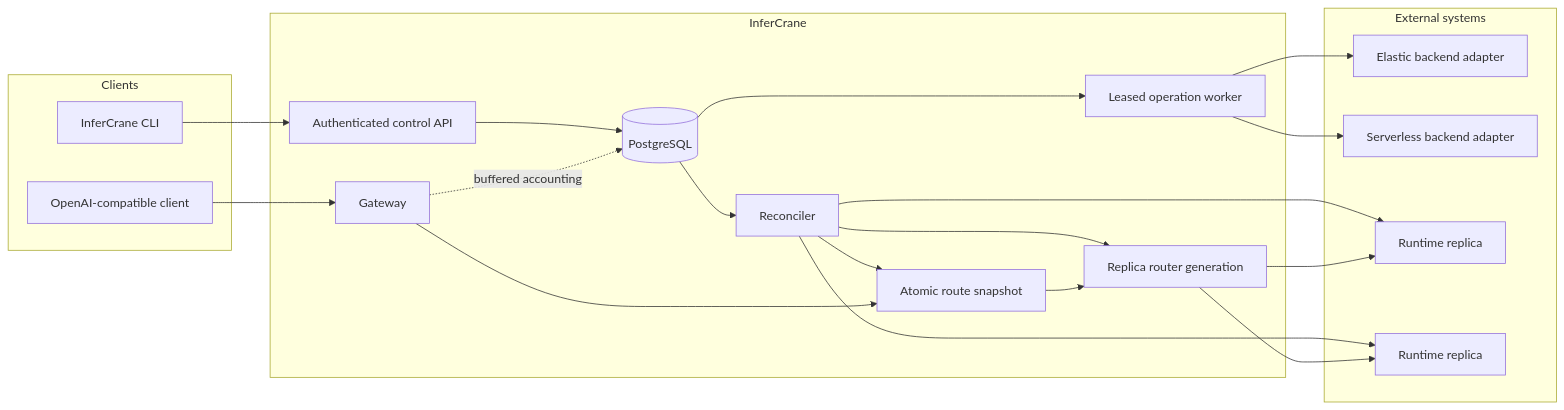
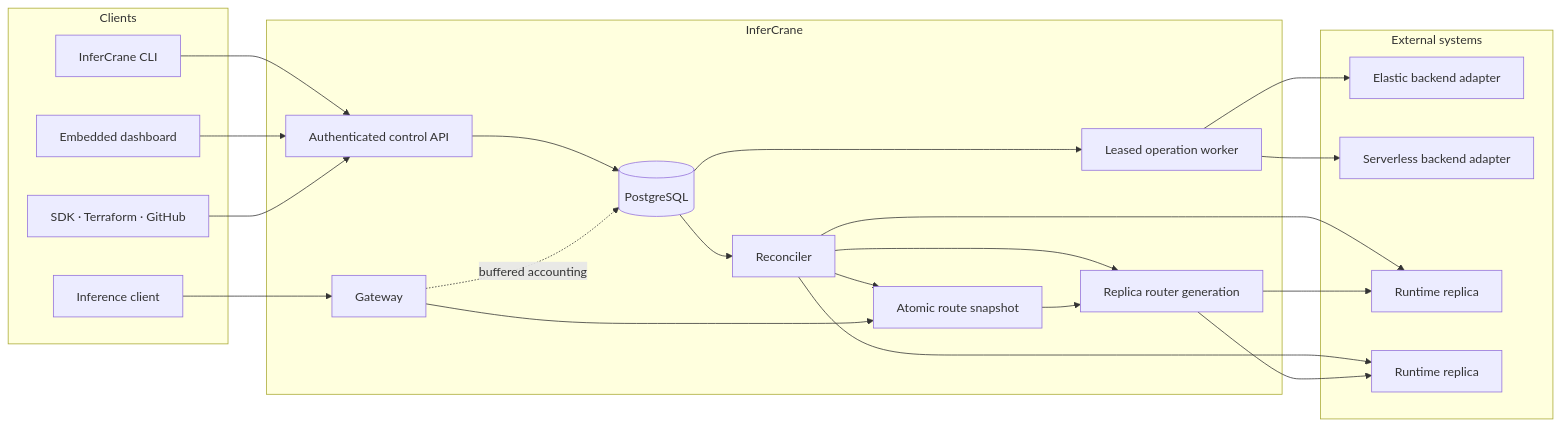
The diagram in docs/architecture/system.mdx (infercrane/infercrane), drawn with Mermaid before and after one commit. The commit also changed other lines of this file and 37 other files, not shown here.

Commit message:
add embedded operational evidence dashboard

````diff
--- a/docs/architecture/system.mdx
+++ b/docs/architecture/system.mdx
@@ -12,38 +12,42 @@
 ```mermaid
 flowchart LR
   subgraph clients[Clients]
     CLI[InferCrane CLI]
-    SDK[OpenAI-compatible client]
+    DASH[Embedded dashboard]
+    DELIVERY[SDK · Terraform · GitHub]
+    SDK[Inference client]
   end
 
   subgraph infercrane[InferCrane]
     API[Authenticated control API]
     OPS[Leased operation worker]
     DB[(PostgreSQL)]
     REC[Reconciler]
     SNAP[Atomic route snapshot]
     GW[Gateway]
     ROUTER[Replica router generation]
   end
 
   subgraph external[External systems]
     ELASTIC[Elastic backend adapter]
     NATIVE[Serverless backend adapter]
     V1[Runtime replica]
     V2[Runtime replica]
   end
 
   CLI --> API --> DB
+  DASH --> API
+  DELIVERY --> API
   DB --> OPS
   OPS --> ELASTIC
   OPS --> NATIVE
   DB --> REC
   REC --> V1
   REC --> V2
   REC --> ROUTER
   REC --> SNAP
   SDK --> GW --> SNAP --> ROUTER
   ROUTER --> V1
   ROUTER --> V2
   GW -. buffered accounting .-> DB
 ```
````
